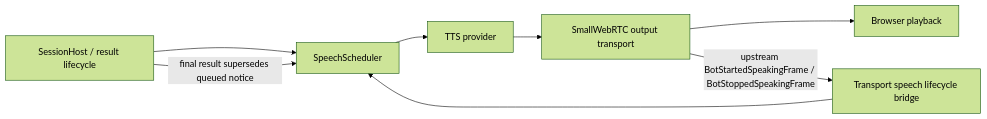
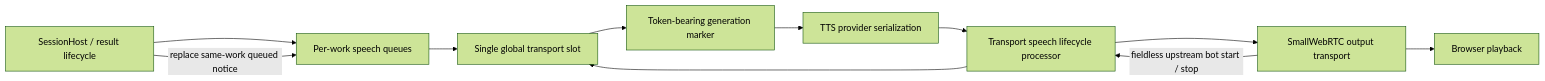
One commit to vr000m/pipecat-subagents-lab changed the first of 2 diagrams in docs/dev_plans/20260728-bug-transport-aware-speech-supersession.md. Above: the diagram before and after it, drawn with Mermaid (forest theme). The commit also changed other lines of this file and 1 other file, not shown here.

Commit message:
docs: resolve speech supersession plan review

````diff
--- a/docs/dev_plans/20260728-bug-transport-aware-speech-supersession.md
+++ b/docs/dev_plans/20260728-bug-transport-aware-speech-supersession.md
@@ -231,10 +310,13 @@
 ```mermaid
 graph LR
-    Host["SessionHost / result lifecycle"] --> Scheduler["SpeechScheduler"]
-    Scheduler --> TTS["TTS provider"]
-    TTS --> Output["SmallWebRTC output transport"]
+    Host["SessionHost / result lifecycle"] --> WorkQueues["Per-work speech queues"]
+    WorkQueues --> Slot["Single global transport slot"]
+    Slot --> Marker["Token-bearing generation marker"]
+    Marker --> TTS["TTS provider serialization"]
+    TTS --> Bridge["Transport speech lifecycle processor"]
+    Bridge --> Output["SmallWebRTC output transport"]
     Output --> Browser["Browser playback"]
-    Output -->|"upstream BotStartedSpeakingFrame / BotStoppedSpeakingFrame"| Bridge["Transport speech lifecycle bridge"]
-    Bridge --> Scheduler
-    Host -->|"final result supersedes queued notice"| Scheduler
+    Output -->|"fieldless upstream bot start / stop"| Bridge
+    Bridge --> Slot
+    Host -->|"replace same-work queued notice"| WorkQueues
 ```
````
